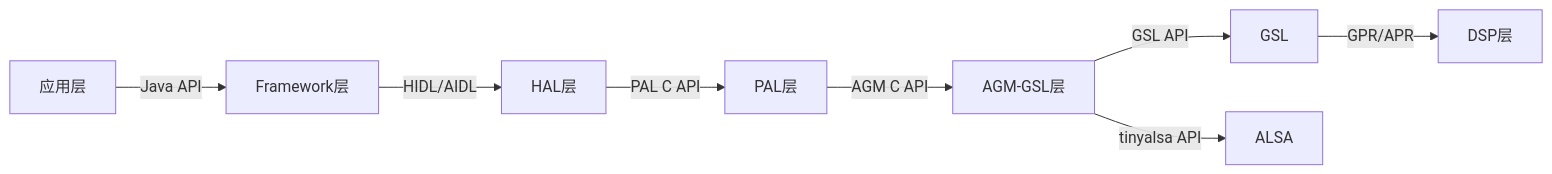
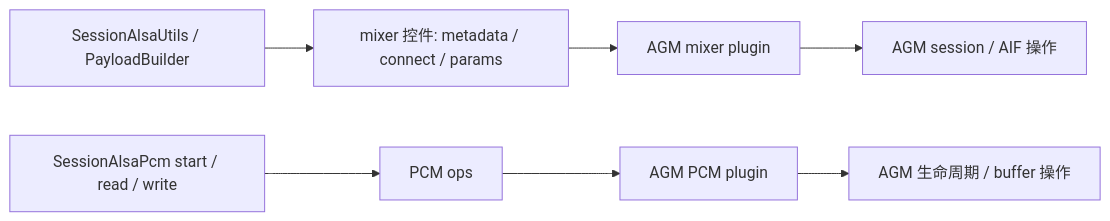
One commit to yanglinzhen1022/SA8295_AAOS_QNX_Audio_KnowledgeBase changed the second of 2 diagrams in 15_PAL_Architecture/15_15.2_架构层次图.md. Above: the diagram before and after it, drawn with Mermaid. The commit also changed other lines of this file and 14 other files, not shown here.

Commit message:
docs: trace PAL PCM plugins and AGM session graph lifecycle

````diff
--- a/15_PAL_Architecture/15_15.2_架构层次图.md
+++ b/15_PAL_Architecture/15_15.2_架构层次图.md
@@ -87,10 +95,9 @@
 ```mermaid
-graph LR
-    App[应用层] -->|Java API| FW[Framework层]
-    FW -->|HIDL/AIDL| HAL[HAL层]
-    HAL -->|PAL C API| PAL[PAL层]
-    PAL -->|AGM C API| AGM[AGM-GSL层]
-    AGM -->|GSL API| GSL[GSL]
-    AGM -->|tinyalsa API| ALSA[ALSA]
-    GSL -->|GPR/APR| DSP[DSP层]
+flowchart LR
+    U[SessionAlsaUtils / PayloadBuilder] --> M[mixer 控件: metadata / connect / params]
+    M --> MP[AGM mixer plugin]
+    MP --> A[AGM session / AIF 操作]
+    S[SessionAlsaPcm start / read / write] --> P[PCM ops]
+    P --> PP[AGM PCM plugin]
+    PP --> B[AGM 生命周期 / buffer 操作]
 ```
````
